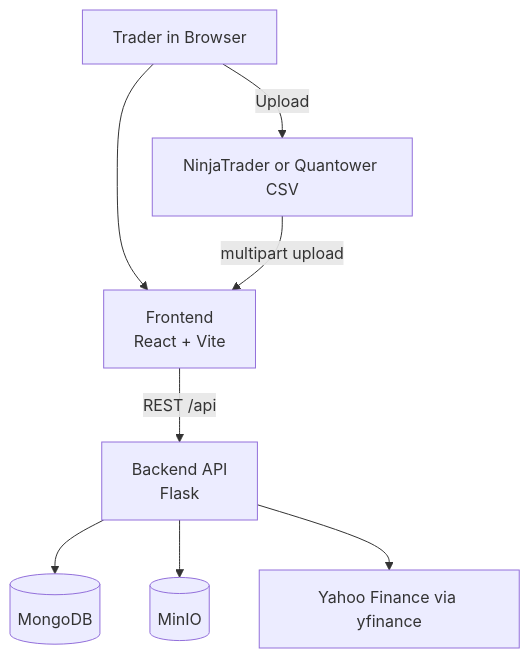
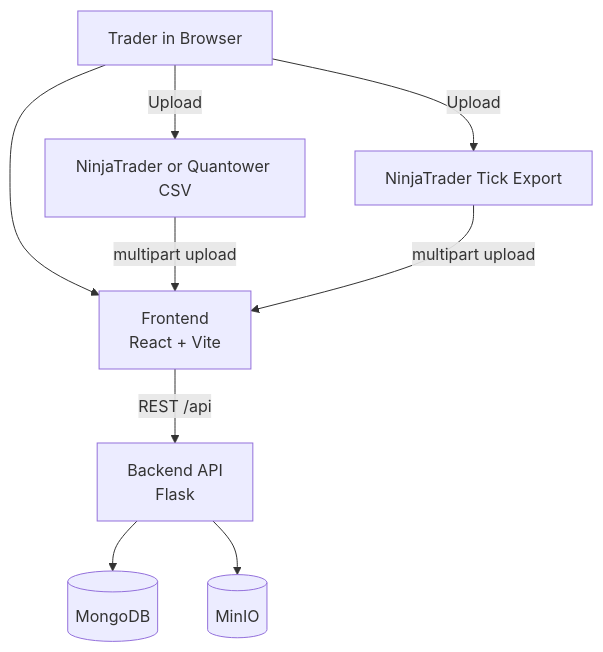
One commit to diridevelops/JanusEdge changed the first of 12 diagrams in docs/architecture/architecture.md. Above: the diagram before and after it, drawn with Mermaid. The commit also changed other lines of this file and 11 other files, not shown here.

````diff
--- a/docs/architecture/architecture.md
+++ b/docs/architecture/architecture.md
@@ -19,18 +17,19 @@
 ```mermaid
 graph TB
 	Trader[Trader in Browser]
 	Frontend[Frontend<br/>React + Vite]
 	Backend[Backend API<br/>Flask]
 	Mongo[(MongoDB)]
 	MinIO[(MinIO)]
-	Yahoo[Yahoo Finance via yfinance]
 	CSV[NinjaTrader or Quantower CSV]
+	TickExport[NinjaTrader Tick Export]
 
 	Trader --> Frontend
 	Frontend -->|REST /api| Backend
 	Trader -->|Upload| CSV
+	Trader -->|Upload| TickExport
 	CSV -->|multipart upload| Frontend
+	TickExport -->|multipart upload| Frontend
 	Backend --> Mongo
 	Backend --> MinIO
-	Backend --> Yahoo
 ```
````
